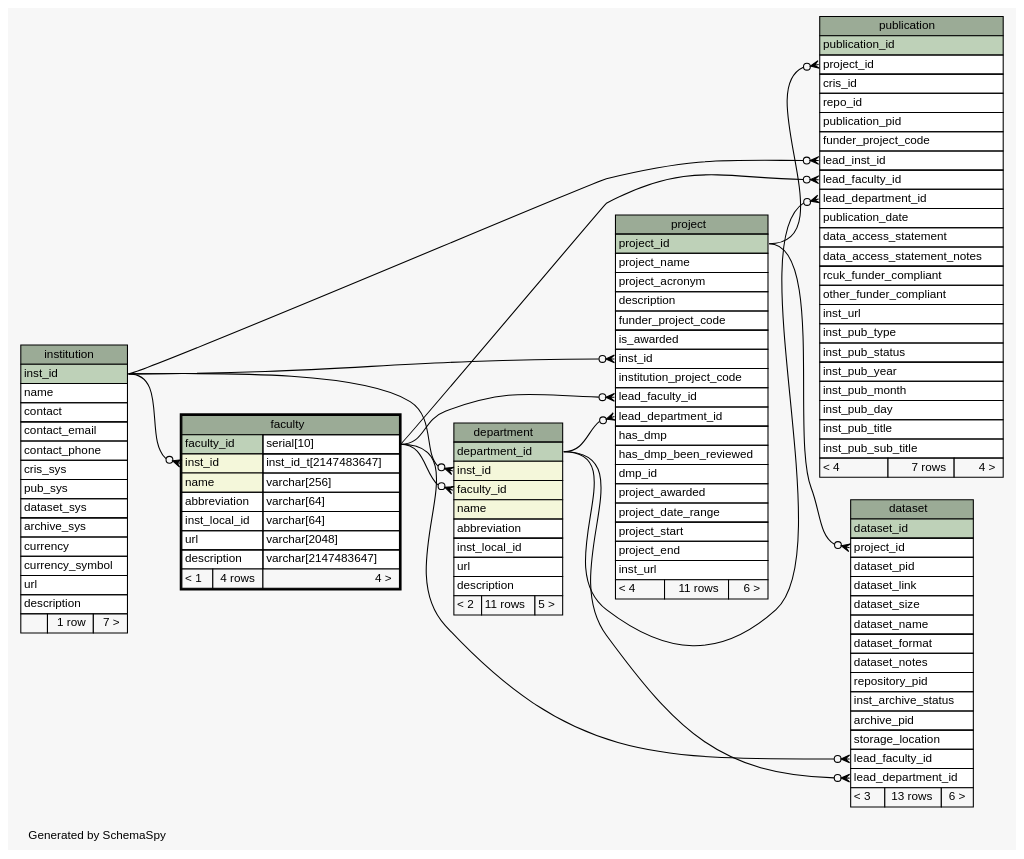
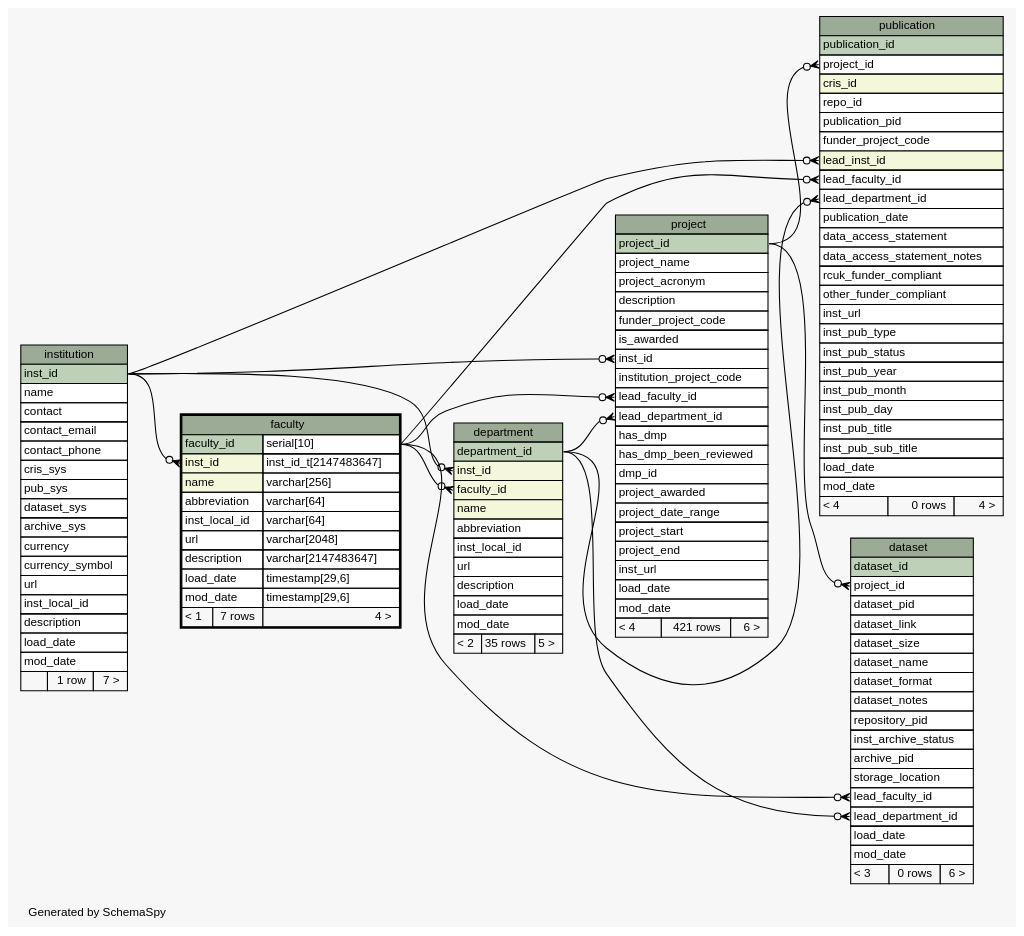
The diagram in ss.out/diagrams/faculty.1degree.dot (lulibrary/dmao_infrastructure), drawn with Graphviz before and after one commit. The commit also changed 81 other files, not shown here.

```diff
--- a/ss.out/diagrams/faculty.1degree.dot
+++ b/ss.out/diagrams/faculty.1degree.dot
@@ -1,171 +1,184 @@
 // dot 2.38.0 on Linux 3.16.0-4-amd64
 // SchemaSpy rev 590
 digraph "oneDegreeRelationshipsDiagram" {
   graph [
     rankdir="RL"
     bgcolor="#f7f7f7"
     label="\nGenerated by SchemaSpy"
     labeljust="l"
     nodesep="0.18"
     ranksep="0.46"
     fontname="Helvetica"
     fontsize="11"
   ];
   node [
     fontname="Helvetica"
     fontsize="11"
     shape="plaintext"
   ];
   edge [
     arrowsize="0.8"
   ];
   "dataset":"lead_department_id":w -> "department":"department_id":e [arrowhead=none dir=back arrowtail=crowodot];
   "dataset":"lead_faculty_id":w -> "faculty":"faculty_id.type":e [arrowhead=none dir=back arrowtail=crowodot];
   "dataset":"project_id":w -> "project":"project_id":e [arrowhead=none dir=back arrowtail=crowodot];
   "department":"faculty_id":w -> "faculty":"faculty_id.type":e [arrowhead=none dir=back arrowtail=crowodot];
   "department":"inst_id":w -> "institution":"inst_id":e [arrowhead=none dir=back arrowtail=crowodot];
   "faculty":"inst_id":w -> "institution":"inst_id":e [arrowhead=none dir=back arrowtail=crowodot];
   "project":"inst_id":w -> "institution":"inst_id":e [arrowhead=none dir=back arrowtail=crowodot];
   "project":"lead_department_id":w -> "department":"department_id":e [arrowhead=none dir=back arrowtail=crowodot];
   "project":"lead_faculty_id":w -> "faculty":"faculty_id.type":e [arrowhead=none dir=back arrowtail=crowodot];
   "publication":"lead_department_id":w -> "department":"department_id":e [arrowhead=none dir=back arrowtail=crowodot];
   "publication":"lead_faculty_id":w -> "faculty":"faculty_id.type":e [arrowhead=none dir=back arrowtail=crowodot];
   "publication":"lead_inst_id":w -> "institution":"inst_id":e [arrowhead=none dir=back arrowtail=crowodot];
   "publication":"project_id":w -> "project":"project_id":e [arrowhead=none dir=back arrowtail=crowodot];
   "dataset" [
     label=<
     <TABLE BORDER="0" CELLBORDER="1" CELLSPACING="0" BGCOLOR="#ffffff">
       <TR><TD COLSPAN="3" BGCOLOR="#9bab96" ALIGN="CENTER">dataset</TD></TR>
       <TR><TD PORT="dataset_id" COLSPAN="3" BGCOLOR="#bed1b8" ALIGN="LEFT">dataset_id</TD></TR>
       <TR><TD PORT="project_id" COLSPAN="3" ALIGN="LEFT">project_id</TD></TR>
       <TR><TD PORT="dataset_pid" COLSPAN="3" ALIGN="LEFT">dataset_pid</TD></TR>
       <TR><TD PORT="dataset_link" COLSPAN="3" ALIGN="LEFT">dataset_link</TD></TR>
       <TR><TD PORT="dataset_size" COLSPAN="3" ALIGN="LEFT">dataset_size</TD></TR>
       <TR><TD PORT="dataset_name" COLSPAN="3" ALIGN="LEFT">dataset_name</TD></TR>
       <TR><TD PORT="dataset_format" COLSPAN="3" ALIGN="LEFT">dataset_format</TD></TR>
       <TR><TD PORT="dataset_notes" COLSPAN="3" ALIGN="LEFT">dataset_notes</TD></TR>
       <TR><TD PORT="repository_pid" COLSPAN="3" ALIGN="LEFT">repository_pid</TD></TR>
       <TR><TD PORT="inst_archive_status" COLSPAN="3" ALIGN="LEFT">inst_archive_status</TD></TR>
       <TR><TD PORT="archive_pid" COLSPAN="3" ALIGN="LEFT">archive_pid</TD></TR>
       <TR><TD PORT="storage_location" COLSPAN="3" ALIGN="LEFT">storage_location</TD></TR>
       <TR><TD PORT="lead_faculty_id" COLSPAN="3" ALIGN="LEFT">lead_faculty_id</TD></TR>
       <TR><TD PORT="lead_department_id" COLSPAN="3" ALIGN="LEFT">lead_department_id</TD></TR>
-      <TR><TD ALIGN="LEFT" BGCOLOR="#f7f7f7">&lt; 3</TD><TD ALIGN="RIGHT" BGCOLOR="#f7f7f7">13 rows</TD><TD ALIGN="RIGHT" BGCOLOR="#f7f7f7">6 &gt;</TD></TR>
+      <TR><TD PORT="load_date" COLSPAN="3" ALIGN="LEFT">load_date</TD></TR>
+      <TR><TD PORT="mod_date" COLSPAN="3" ALIGN="LEFT">mod_date</TD></TR>
+      <TR><TD ALIGN="LEFT" BGCOLOR="#f7f7f7">&lt; 3</TD><TD ALIGN="RIGHT" BGCOLOR="#f7f7f7">0 rows</TD><TD ALIGN="RIGHT" BGCOLOR="#f7f7f7">6 &gt;</TD></TR>
     </TABLE>>
     URL="dataset.html"
     tooltip="dataset"
   ];
   "department" [
     label=<
     <TABLE BORDER="0" CELLBORDER="1" CELLSPACING="0" BGCOLOR="#ffffff">
       <TR><TD COLSPAN="3" BGCOLOR="#9bab96" ALIGN="CENTER">department</TD></TR>
       <TR><TD PORT="department_id" COLSPAN="3" BGCOLOR="#bed1b8" ALIGN="LEFT">department_id</TD></TR>
       <TR><TD PORT="inst_id" COLSPAN="3" BGCOLOR="#f4f7da" ALIGN="LEFT">inst_id</TD></TR>
       <TR><TD PORT="faculty_id" COLSPAN="3" BGCOLOR="#f4f7da" ALIGN="LEFT">faculty_id</TD></TR>
       <TR><TD PORT="name" COLSPAN="3" BGCOLOR="#f4f7da" ALIGN="LEFT">name</TD></TR>
       <TR><TD PORT="abbreviation" COLSPAN="3" ALIGN="LEFT">abbreviation</TD></TR>
       <TR><TD PORT="inst_local_id" COLSPAN="3" ALIGN="LEFT">inst_local_id</TD></TR>
       <TR><TD PORT="url" COLSPAN="3" ALIGN="LEFT">url</TD></TR>
       <TR><TD PORT="description" COLSPAN="3" ALIGN="LEFT">description</TD></TR>
-      <TR><TD ALIGN="LEFT" BGCOLOR="#f7f7f7">&lt; 2</TD><TD ALIGN="RIGHT" BGCOLOR="#f7f7f7">11 rows</TD><TD ALIGN="RIGHT" BGCOLOR="#f7f7f7">5 &gt;</TD></TR>
+      <TR><TD PORT="load_date" COLSPAN="3" ALIGN="LEFT">load_date</TD></TR>
+      <TR><TD PORT="mod_date" COLSPAN="3" ALIGN="LEFT">mod_date</TD></TR>
+      <TR><TD ALIGN="LEFT" BGCOLOR="#f7f7f7">&lt; 2</TD><TD ALIGN="RIGHT" BGCOLOR="#f7f7f7">35 rows</TD><TD ALIGN="RIGHT" BGCOLOR="#f7f7f7">5 &gt;</TD></TR>
     </TABLE>>
     URL="department.html"
     tooltip="department"
   ];
   "faculty" [
     label=<
     <TABLE BORDER="2" CELLBORDER="1" CELLSPACING="0" BGCOLOR="#ffffff">
       <TR><TD COLSPAN="3" BGCOLOR="#9bab96" ALIGN="CENTER">faculty</TD></TR>
       <TR><TD PORT="faculty_id" COLSPAN="2" BGCOLOR="#bed1b8" ALIGN="LEFT">faculty_id</TD><TD PORT="faculty_id.type" ALIGN="LEFT">serial[10]</TD></TR>
       <TR><TD PORT="inst_id" COLSPAN="2" BGCOLOR="#f4f7da" ALIGN="LEFT">inst_id</TD><TD PORT="inst_id.type" ALIGN="LEFT">inst_id_t[2147483647]</TD></TR>
       <TR><TD PORT="name" COLSPAN="2" BGCOLOR="#f4f7da" ALIGN="LEFT">name</TD><TD PORT="name.type" ALIGN="LEFT">varchar[256]</TD></TR>
       <TR><TD PORT="abbreviation" COLSPAN="2" ALIGN="LEFT">abbreviation</TD><TD PORT="abbreviation.type" ALIGN="LEFT">varchar[64]</TD></TR>
       <TR><TD PORT="inst_local_id" COLSPAN="2" ALIGN="LEFT">inst_local_id</TD><TD PORT="inst_local_id.type" ALIGN="LEFT">varchar[64]</TD></TR>
       <TR><TD PORT="url" COLSPAN="2" ALIGN="LEFT">url</TD><TD PORT="url.type" ALIGN="LEFT">varchar[2048]</TD></TR>
       <TR><TD PORT="description" COLSPAN="2" ALIGN="LEFT">description</TD><TD PORT="description.type" ALIGN="LEFT">varchar[2147483647]</TD></TR>
-      <TR><TD ALIGN="LEFT" BGCOLOR="#f7f7f7">&lt; 1</TD><TD ALIGN="RIGHT" BGCOLOR="#f7f7f7">4 rows</TD><TD ALIGN="RIGHT" BGCOLOR="#f7f7f7">4 &gt;</TD></TR>
+      <TR><TD PORT="load_date" COLSPAN="2" ALIGN="LEFT">load_date</TD><TD PORT="load_date.type" ALIGN="LEFT">timestamp[29,6]</TD></TR>
+      <TR><TD PORT="mod_date" COLSPAN="2" ALIGN="LEFT">mod_date</TD><TD PORT="mod_date.type" ALIGN="LEFT">timestamp[29,6]</TD></TR>
+      <TR><TD ALIGN="LEFT" BGCOLOR="#f7f7f7">&lt; 1</TD><TD ALIGN="RIGHT" BGCOLOR="#f7f7f7">7 rows</TD><TD ALIGN="RIGHT" BGCOLOR="#f7f7f7">4 &gt;</TD></TR>
     </TABLE>>
     URL="faculty.html"
     tooltip="faculty"
   ];
   "institution" [
     label=<
     <TABLE BORDER="0" CELLBORDER="1" CELLSPACING="0" BGCOLOR="#ffffff">
       <TR><TD COLSPAN="3" BGCOLOR="#9bab96" ALIGN="CENTER">institution</TD></TR>
       <TR><TD PORT="inst_id" COLSPAN="3" BGCOLOR="#bed1b8" ALIGN="LEFT">inst_id</TD></TR>
       <TR><TD PORT="name" COLSPAN="3" ALIGN="LEFT">name</TD></TR>
       <TR><TD PORT="contact" COLSPAN="3" ALIGN="LEFT">contact</TD></TR>
       <TR><TD PORT="contact_email" COLSPAN="3" ALIGN="LEFT">contact_email</TD></TR>
       <TR><TD PORT="contact_phone" COLSPAN="3" ALIGN="LEFT">contact_phone</TD></TR>
       <TR><TD PORT="cris_sys" COLSPAN="3" ALIGN="LEFT">cris_sys</TD></TR>
       <TR><TD PORT="pub_sys" COLSPAN="3" ALIGN="LEFT">pub_sys</TD></TR>
       <TR><TD PORT="dataset_sys" COLSPAN="3" ALIGN="LEFT">dataset_sys</TD></TR>
       <TR><TD PORT="archive_sys" COLSPAN="3" ALIGN="LEFT">archive_sys</TD></TR>
       <TR><TD PORT="currency" COLSPAN="3" ALIGN="LEFT">currency</TD></TR>
       <TR><TD PORT="currency_symbol" COLSPAN="3" ALIGN="LEFT">currency_symbol</TD></TR>
       <TR><TD PORT="url" COLSPAN="3" ALIGN="LEFT">url</TD></TR>
+      <TR><TD PORT="inst_local_id" COLSPAN="3" ALIGN="LEFT">inst_local_id</TD></TR>
       <TR><TD PORT="description" COLSPAN="3" ALIGN="LEFT">description</TD></TR>
+      <TR><TD PORT="load_date" COLSPAN="3" ALIGN="LEFT">load_date</TD></TR>
+      <TR><TD PORT="mod_date" COLSPAN="3" ALIGN="LEFT">mod_date</TD></TR>
       <TR><TD ALIGN="LEFT" BGCOLOR="#f7f7f7">  </TD><TD ALIGN="RIGHT" BGCOLOR="#f7f7f7">1 row</TD><TD ALIGN="RIGHT" BGCOLOR="#f7f7f7">7 &gt;</TD></TR>
     </TABLE>>
     URL="institution.html"
     tooltip="institution"
   ];
   "project" [
     label=<
     <TABLE BORDER="0" CELLBORDER="1" CELLSPACING="0" BGCOLOR="#ffffff">
       <TR><TD COLSPAN="3" BGCOLOR="#9bab96" ALIGN="CENTER">project</TD></TR>
       <TR><TD PORT="project_id" COLSPAN="3" BGCOLOR="#bed1b8" ALIGN="LEFT">project_id</TD></TR>
       <TR><TD PORT="project_name" COLSPAN="3" ALIGN="LEFT">project_name</TD></TR>
       <TR><TD PORT="project_acronym" COLSPAN="3" ALIGN="LEFT">project_acronym</TD></TR>
       <TR><TD PORT="description" COLSPAN="3" ALIGN="LEFT">description</TD></TR>
       <TR><TD PORT="funder_project_code" COLSPAN="3" ALIGN="LEFT">funder_project_code</TD></TR>
       <TR><TD PORT="is_awarded" COLSPAN="3" ALIGN="LEFT">is_awarded</TD></TR>
       <TR><TD PORT="inst_id" COLSPAN="3" ALIGN="LEFT">inst_id</TD></TR>
       <TR><TD PORT="institution_project_code" COLSPAN="3" ALIGN="LEFT">institution_project_code</TD></TR>
       <TR><TD PORT="lead_faculty_id" COLSPAN="3" ALIGN="LEFT">lead_faculty_id</TD></TR>
       <TR><TD PORT="lead_department_id" COLSPAN="3" ALIGN="LEFT">lead_department_id</TD></TR>
       <TR><TD PORT="has_dmp" COLSPAN="3" ALIGN="LEFT">has_dmp</TD></TR>
       <TR><TD PORT="has_dmp_been_reviewed" COLSPAN="3" ALIGN="LEFT">has_dmp_been_reviewed</TD></TR>
       <TR><TD PORT="dmp_id" COLSPAN="3" ALIGN="LEFT">dmp_id</TD></TR>
       <TR><TD PORT="project_awarded" COLSPAN="3" ALIGN="LEFT">project_awarded</TD></TR>
       <TR><TD PORT="project_date_range" COLSPAN="3" ALIGN="LEFT">project_date_range</TD></TR>
       <TR><TD PORT="project_start" COLSPAN="3" ALIGN="LEFT">project_start</TD></TR>
       <TR><TD PORT="project_end" COLSPAN="3" ALIGN="LEFT">project_end</TD></TR>
       <TR><TD PORT="inst_url" COLSPAN="3" ALIGN="LEFT">inst_url</TD></TR>
-      <TR><TD ALIGN="LEFT" BGCOLOR="#f7f7f7">&lt; 4</TD><TD ALIGN="RIGHT" BGCOLOR="#f7f7f7">11 rows</TD><TD ALIGN="RIGHT" BGCOLOR="#f7f7f7">6 &gt;</TD></TR>
+      <TR><TD PORT="load_date" COLSPAN="3" ALIGN="LEFT">load_date</TD></TR>
+      <TR><TD PORT="mod_date" COLSPAN="3" ALIGN="LEFT">mod_date</TD></TR>
+      <TR><TD ALIGN="LEFT" BGCOLOR="#f7f7f7">&lt; 4</TD><TD ALIGN="RIGHT" BGCOLOR="#f7f7f7">421 rows</TD><TD ALIGN="RIGHT" BGCOLOR="#f7f7f7">6 &gt;</TD></TR>
     </TABLE>>
     URL="project.html"
     tooltip="project"
   ];
   "publication" [
     label=<
     <TABLE BORDER="0" CELLBORDER="1" CELLSPACING="0" BGCOLOR="#ffffff">
       <TR><TD COLSPAN="3" BGCOLOR="#9bab96" ALIGN="CENTER">publication</TD></TR>
       <TR><TD PORT="publication_id" COLSPAN="3" BGCOLOR="#bed1b8" ALIGN="LEFT">publication_id</TD></TR>
       <TR><TD PORT="project_id" COLSPAN="3" ALIGN="LEFT">project_id</TD></TR>
-      <TR><TD PORT="cris_id" COLSPAN="3" ALIGN="LEFT">cris_id</TD></TR>
+      <TR><TD PORT="cris_id" COLSPAN="3" BGCOLOR="#f4f7da" ALIGN="LEFT">cris_id</TD></TR>
       <TR><TD PORT="repo_id" COLSPAN="3" ALIGN="LEFT">repo_id</TD></TR>
       <TR><TD PORT="publication_pid" COLSPAN="3" ALIGN="LEFT">publication_pid</TD></TR>
       <TR><TD PORT="funder_project_code" COLSPAN="3" ALIGN="LEFT">funder_project_code</TD></TR>
-      <TR><TD PORT="lead_inst_id" COLSPAN="3" ALIGN="LEFT">lead_inst_id</TD></TR>
+      <TR><TD PORT="lead_inst_id" COLSPAN="3" BGCOLOR="#f4f7da" ALIGN="LEFT">lead_inst_id</TD></TR>
       <TR><TD PORT="lead_faculty_id" COLSPAN="3" ALIGN="LEFT">lead_faculty_id</TD></TR>
       <TR><TD PORT="lead_department_id" COLSPAN="3" ALIGN="LEFT">lead_department_id</TD></TR>
       <TR><TD PORT="publication_date" COLSPAN="3" ALIGN="LEFT">publication_date</TD></TR>
       <TR><TD PORT="data_access_statement" COLSPAN="3" ALIGN="LEFT">data_access_statement</TD></TR>
       <TR><TD PORT="data_access_statement_notes" COLSPAN="3" ALIGN="LEFT">data_access_statement_notes</TD></TR>
       <TR><TD PORT="rcuk_funder_compliant" COLSPAN="3" ALIGN="LEFT">rcuk_funder_compliant</TD></TR>
       <TR><TD PORT="other_funder_compliant" COLSPAN="3" ALIGN="LEFT">other_funder_compliant</TD></TR>
       <TR><TD PORT="inst_url" COLSPAN="3" ALIGN="LEFT">inst_url</TD></TR>
       <TR><TD PORT="inst_pub_type" COLSPAN="3" ALIGN="LEFT">inst_pub_type</TD></TR>
       <TR><TD PORT="inst_pub_status" COLSPAN="3" ALIGN="LEFT">inst_pub_status</TD></TR>
       <TR><TD PORT="inst_pub_year" COLSPAN="3" ALIGN="LEFT">inst_pub_year</TD></TR>
       <TR><TD PORT="inst_pub_month" COLSPAN="3" ALIGN="LEFT">inst_pub_month</TD></TR>
       <TR><TD PORT="inst_pub_day" COLSPAN="3" ALIGN="LEFT">inst_pub_day</TD></TR>
       <TR><TD PORT="inst_pub_title" COLSPAN="3" ALIGN="LEFT">inst_pub_title</TD></TR>
       <TR><TD PORT="inst_pub_sub_title" COLSPAN="3" ALIGN="LEFT">inst_pub_sub_title</TD></TR>
-      <TR><TD ALIGN="LEFT" BGCOLOR="#f7f7f7">&lt; 4</TD><TD ALIGN="RIGHT" BGCOLOR="#f7f7f7">7 rows</TD><TD ALIGN="RIGHT" BGCOLOR="#f7f7f7">4 &gt;</TD></TR>
+      <TR><TD PORT="load_date" COLSPAN="3" ALIGN="LEFT">load_date</TD></TR>
+      <TR><TD PORT="mod_date" COLSPAN="3" ALIGN="LEFT">mod_date</TD></TR>
+      <TR><TD ALIGN="LEFT" BGCOLOR="#f7f7f7">&lt; 4</TD><TD ALIGN="RIGHT" BGCOLOR="#f7f7f7">0 rows</TD><TD ALIGN="RIGHT" BGCOLOR="#f7f7f7">4 &gt;</TD></TR>
     </TABLE>>
     URL="publication.html"
     tooltip="publication"
   ];
 }
```
